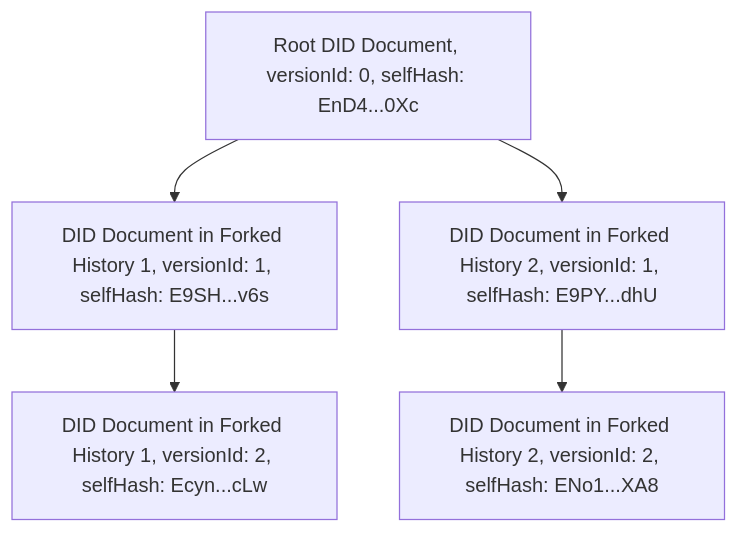
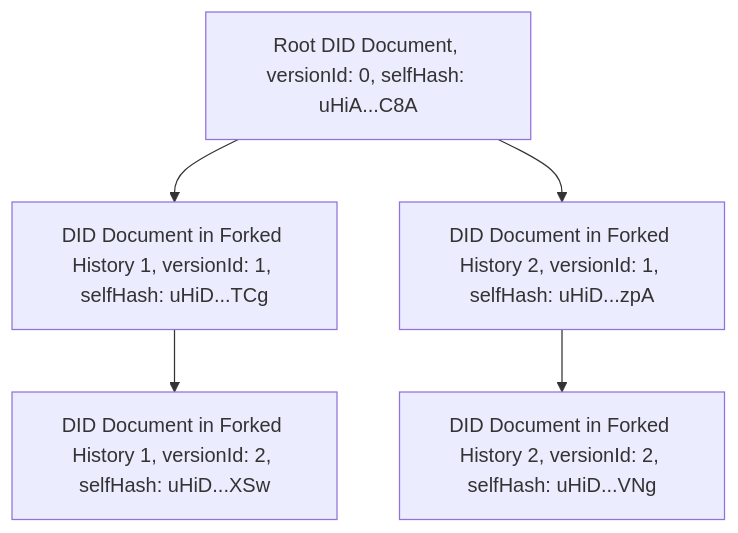
The eighth of 26 diagrams in spec.md (LedgerDomain/did-webplus-spec), drawn with Mermaid before and after one commit. The commit also changed other lines of this file and 3 other files, not shown here.

````diff
--- a/spec.md
+++ b/spec.md
@@ -470,10 +425,10 @@
 ```mermaid
 graph TD
-    V0[ Root DID Document, versionId: 0, selfHash: EnD4...0Xc ]
+    V0[ Root DID Document, versionId: 0, selfHash: uHiA...C8A ]
     V0 --> V1_1
     V0 --> V1_2
-    V1_1[ DID Document in Forked History 1, versionId: 1, selfHash: E9SH...v6s ] --> V2_1
-    V1_2[ DID Document in Forked History 2, versionId: 1, selfHash: E9PY...dhU ] --> V2_2
-    V2_1[ DID Document in Forked History 1, versionId: 2, selfHash: Ecyn...cLw ]
-    V2_2[ DID Document in Forked History 2, versionId: 2, selfHash: ENo1...XA8 ]
+    V1_1[ DID Document in Forked History 1, versionId: 1, selfHash: uHiD...TCg ] --> V2_1
+    V1_2[ DID Document in Forked History 2, versionId: 1, selfHash: uHiD...zpA ] --> V2_2
+    V2_1[ DID Document in Forked History 1, versionId: 2, selfHash: uHiD...XSw ]
+    V2_2[ DID Document in Forked History 2, versionId: 2, selfHash: uHiD...VNg ]
 ```
````
